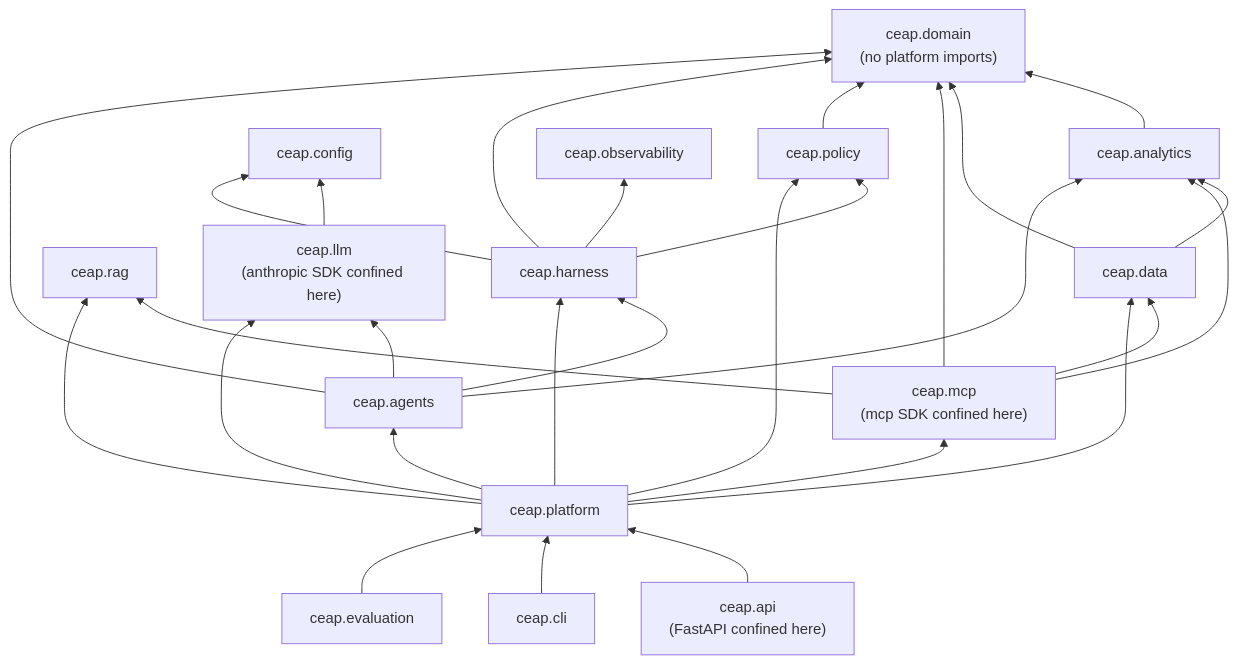
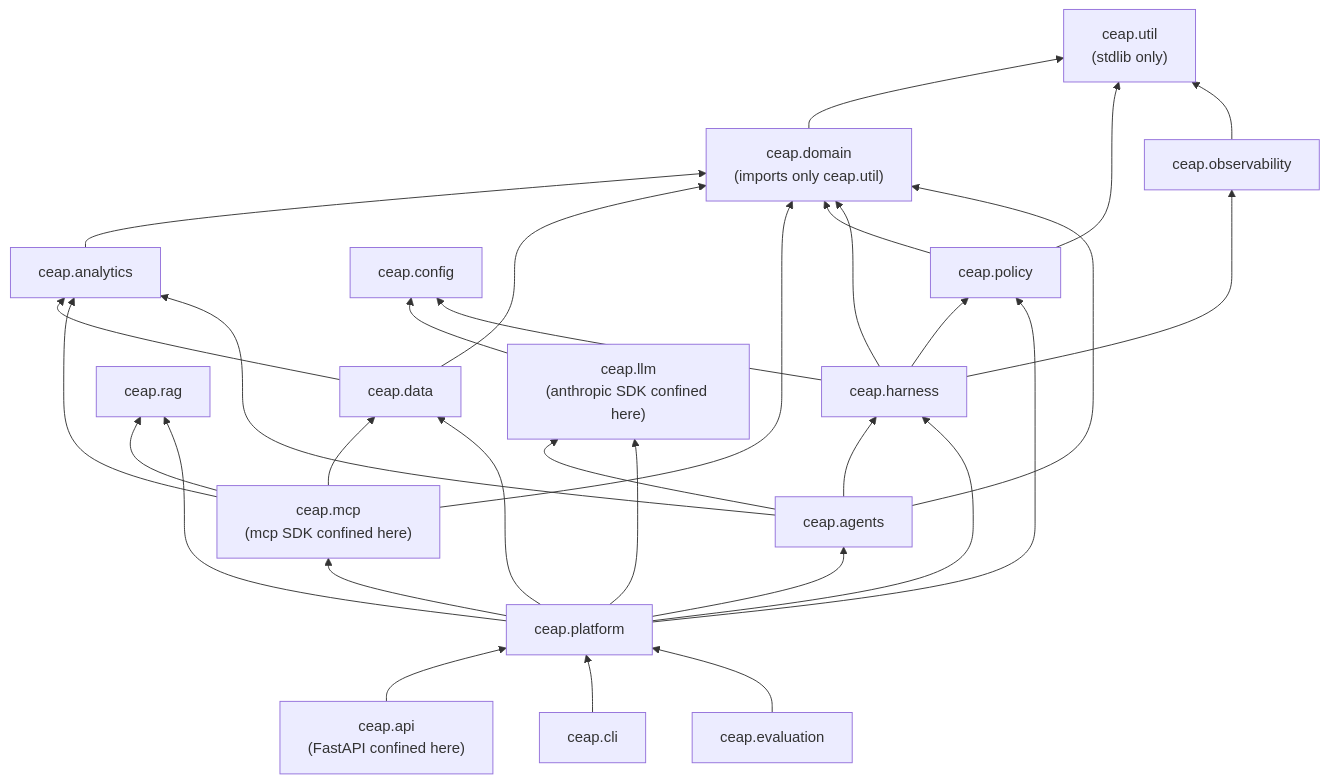
The eighth of 10 diagrams in docs/DIAGRAMS.md (AshJha0/AgenticAICashEquities), drawn with Mermaid before and after one commit. The commit also changed other lines of this file and 15 other files, not shown here.

````diff
--- a/docs/DIAGRAMS.md
+++ b/docs/DIAGRAMS.md
@@ -255,18 +257,19 @@
 ```mermaid
 flowchart BT
-    domain["ceap.domain<br/>(no platform imports)"]
+    util["ceap.util<br/>(stdlib only)"]
+    domain["ceap.domain<br/>(imports only ceap.util)"] --> util
     analytics["ceap.analytics"] --> domain
     data["ceap.data"] --> domain
     data --> analytics
     rag["ceap.rag"]
     mcp["ceap.mcp<br/>(mcp SDK confined here)"] --> domain & data & analytics & rag
     llm["ceap.llm<br/>(anthropic SDK confined here)"] --> config["ceap.config"]
-    policy["ceap.policy"] --> domain
-    obs["ceap.observability"]
+    policy["ceap.policy"] --> domain & util
+    obs["ceap.observability"] --> util
     harness["ceap.harness"] --> domain & policy & obs & config
     agents["ceap.agents"] --> domain & analytics & harness & llm
     platform["ceap.platform"] --> agents & harness & mcp & llm & policy & rag & data
     api["ceap.api<br/>(FastAPI confined here)"] --> platform
     cli["ceap.cli"] --> platform
     evaluation["ceap.evaluation"] --> platform
 ```
````
